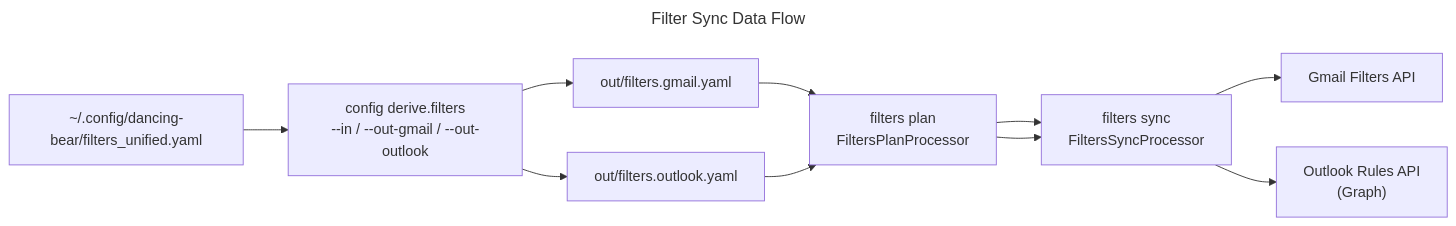
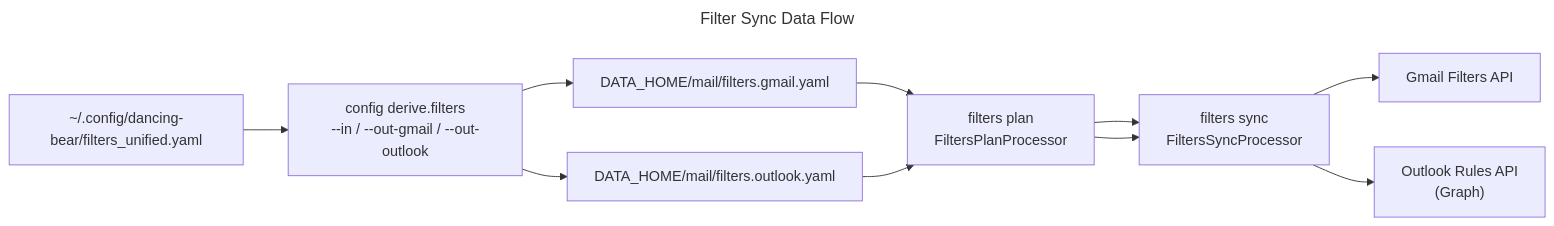
Before and after one commit to dancing-bear-show/dancing-bear: the second of 2 diagrams in src/mail/README.md, drawn with Mermaid. The commit also changed 19 other files, not shown here.

````diff
--- a/src/mail/README.md
+++ b/src/mail/README.md
@@ -55,20 +55,20 @@
 ```mermaid
 ---
 title: Filter Sync Data Flow
 ---
 flowchart LR
     unified["~/.config/dancing-bear/filters_unified.yaml"]
     derive["config derive.filters\n--in / --out-gmail / --out-outlook"]
-    gmail_yaml["out/filters.gmail.yaml"]
-    outlook_yaml["out/filters.outlook.yaml"]
+    gmail_yaml["DATA_HOME/mail/filters.gmail.yaml"]
+    outlook_yaml["DATA_HOME/mail/filters.outlook.yaml"]
     plan["filters plan\nFiltersPlanProcessor"]
     sync["filters sync\nFiltersSyncProcessor"]
     gmail_api["Gmail Filters API"]
     outlook_api["Outlook Rules API\n(Graph)"]
 
     unified --> derive
     derive --> gmail_yaml
     derive --> outlook_yaml
     gmail_yaml --> plan --> sync --> gmail_api
     outlook_yaml --> plan --> sync --> outlook_api
 ```
````
